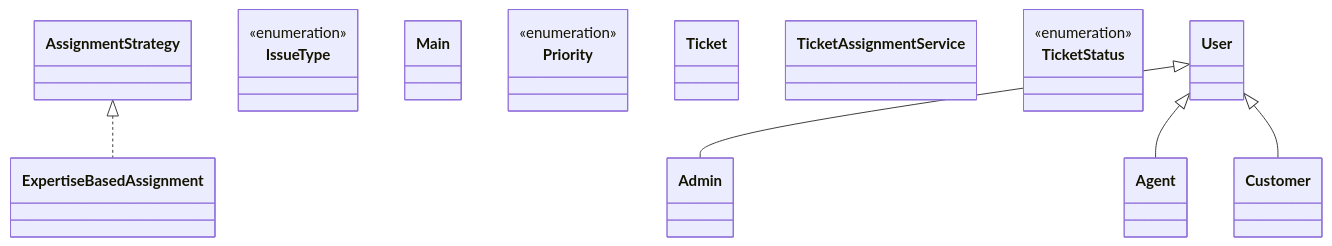
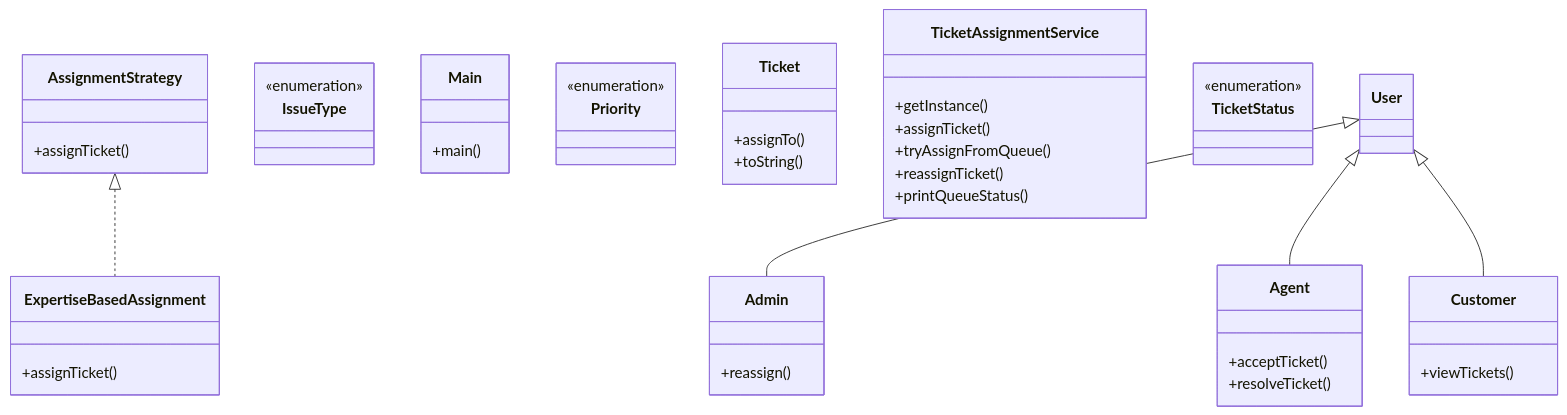
One commit to amanjaiswal30/dsa-solutions changed the diagram in questions/low_level_design/04_customer_issue_resolution_system_lld.md. Above: the diagram before and after it, drawn with Mermaid. The commit also changed other lines of this file and 210 other files, not shown here.

````diff
--- a/questions/low_level_design/04_customer_issue_resolution_system_lld.md
+++ b/questions/low_level_design/04_customer_issue_resolution_system_lld.md
@@ -54,25 +54,47 @@
 ```mermaid
 classDiagram
-    class Admin
-    class Agent
-    class AssignmentStrategy
-    class Customer
-    class ExpertiseBasedAssignment
+    class Admin {
+        +reassign()
+    }
+    class Agent {
+        +acceptTicket()
+        +resolveTicket()
+    }
+    class AssignmentStrategy {
+        +assignTicket()
+    }
+    class Customer {
+        +viewTickets()
+    }
+    class ExpertiseBasedAssignment {
+        +assignTicket()
+    }
     class IssueType {
         <<enumeration>>
     }
-    class Main
+    class Main {
+        +main()
+    }
     class Priority {
         <<enumeration>>
     }
-    class Ticket
-    class TicketAssignmentService
+    class Ticket {
+        +assignTo()
+        +toString()
+    }
+    class TicketAssignmentService {
+        +getInstance()
+        +assignTicket()
+        +tryAssignFromQueue()
+        +reassignTicket()
+        +printQueueStatus()
+    }
     class TicketStatus {
         <<enumeration>>
     }
     class User
     User <|-- Admin
     User <|-- Agent
     User <|-- Customer
     AssignmentStrategy <|.. ExpertiseBasedAssignment
 ```
````
